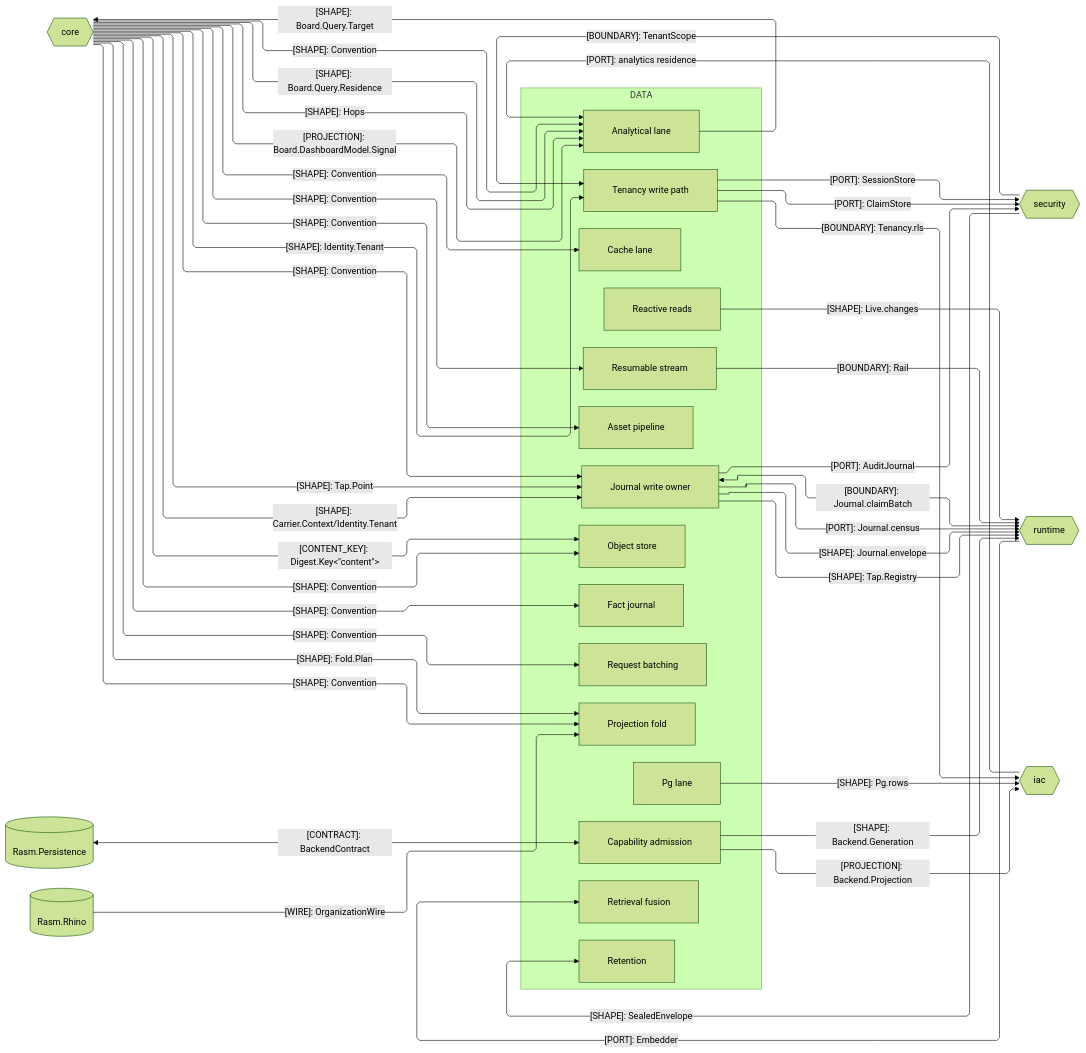
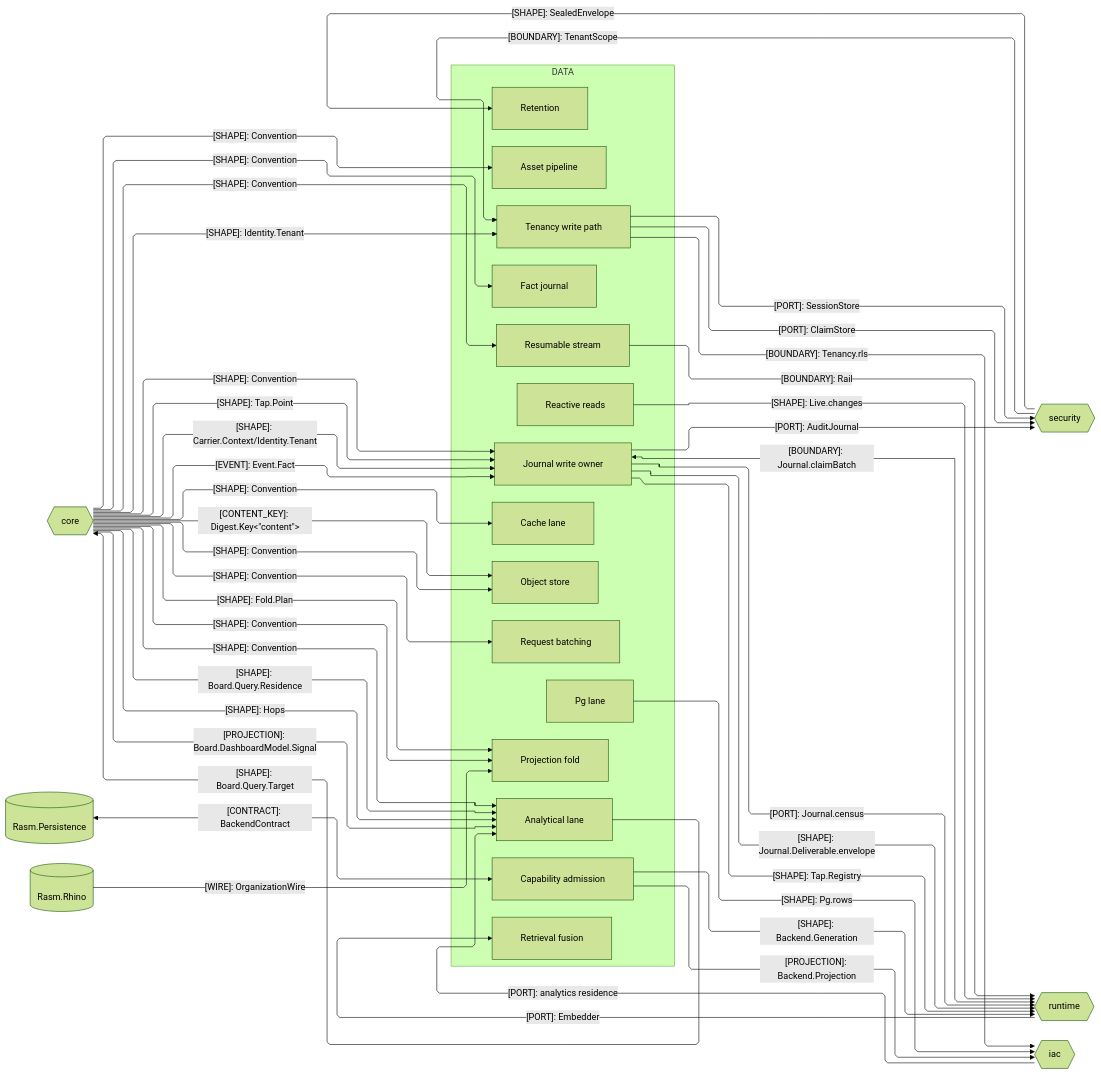
Before and after one commit to bsamiee/Rasm: the second of 3 diagrams in libs/typescript/data/ARCHITECTURE.md, drawn with Mermaid (forest theme). The commit also changed other lines of this file and 509 other files, not shown here.

````diff
--- a/libs/typescript/data/ARCHITECTURE.md
+++ b/libs/typescript/data/ARCHITECTURE.md
@@ -103,72 +103,73 @@
 ```mermaid
 ---
 config:
   layout: elk
   flowchart:
     curve: linear
     padding: 25
 ---
 flowchart LR
     accTitle: Data package seam registry
     accDescr: Data exchanges custody, tenancy, hook, backend, and Board.Query contracts with branch peers and Rasm.Persistence.
     subgraph data[DATA]
         Fold[Projection fold]
         Store[Object store]
         Tenant[Tenancy write path]
         Retain[Retention]
         Append[Journal write owner]
         Live[Reactive reads]
         Stream[Resumable stream]
         Search[Retrieval fusion]
         Postgres[Pg lane]
         Capability[Capability admission]
         Fact[Fact journal]
         Batch[Request batching]
         Cache[Cache lane]
         Olap[Analytical lane]
         Asset[Asset pipeline]
     end
     Core{{core}}
     Security{{security}}
     Runtime{{runtime}}
     Iac{{iac}}
     Persistence[(Rasm.Persistence)]
     Rhino[(Rasm.Rhino)]
     Core e1@-->|"[SHAPE]: Fold.Plan"| Fold
     Core e2@-->|"[CONTENT_KEY]: Digest.Key&lt;&quot;content&quot;&gt;"| Store
     Core e3@-->|"[SHAPE]: Identity.Tenant"| Tenant
     Tenant e4@-->|"[PORT]: SessionStore"| Security
     Security e5@-->|"[BOUNDARY]: TenantScope"| Tenant
     Security e6@-->|"[SHAPE]: SealedEnvelope"| Retain
     Append e7@<-->|"[BOUNDARY]: Journal.claimBatch"| Runtime
     Live e8@-->|"[SHAPE]: Live.changes"| Runtime
     Stream e9@-->|"[BOUNDARY]: Rail"| Runtime
     Runtime e10@-->|"[PORT]: Embedder"| Search
     Postgres e11@-->|"[SHAPE]: Pg.rows"| Iac
     Tenant e12@-->|"[BOUNDARY]: Tenancy.rls"| Iac
     Core e13@-->|"[SHAPE]: Convention"| Append
     Core e14@-->|"[SHAPE]: Convention"| Fold
     Append e15@-->|"[PORT]: Journal.census"| Runtime
     Tenant e16@-->|"[PORT]: ClaimStore"| Security
     Core e17@-->|"[SHAPE]: Convention"| Fact
     Core e18@-->|"[SHAPE]: Convention"| Batch
     Core e19@-->|"[SHAPE]: Convention"| Store
     Core e20@-->|"[SHAPE]: Convention"| Stream
     Core e21@-->|"[SHAPE]: Convention"| Cache
     Core e22@-->|"[SHAPE]: Convention"| Olap
-    Append e23@-->|"[SHAPE]: Journal.envelope"| Runtime
+    Append e23@-->|"[SHAPE]: Journal.Deliverable.envelope"| Runtime
     Core e24@-->|"[SHAPE]: Tap.Point"| Append
     Append e25@-->|"[SHAPE]: Tap.Registry"| Runtime
     Capability e26@-->|"[PROJECTION]: Backend.Projection"| Iac
     Capability e27@-->|"[SHAPE]: Backend.Generation"| Runtime
     Persistence e28@<-->|"[CONTRACT]: BackendContract"| Capability
     Append e29@-->|"[PORT]: AuditJournal"| Security
     Core e30@-->|"[SHAPE]: Board.Query.Residence"| Olap
     Core e32@-->|"[SHAPE]: Hops"| Olap
     Olap e31@-->|"[SHAPE]: Board.Query.Target"| Core
     Core e33@-->|"[PROJECTION]: Board.DashboardModel.Signal"| Olap
     Iac e34@-->|"[PORT]: analytics residence"| Olap
     Core e35@-->|"[SHAPE]: Convention"| Asset
     Rhino e36@-->|"[WIRE]: OrganizationWire"| Fold
     Core e36@-->|"[SHAPE]: Carrier.Context/Identity.Tenant"| Append
+    Core e37@-->|"[EVENT]: Event.Fact"| Append
 ```
````
